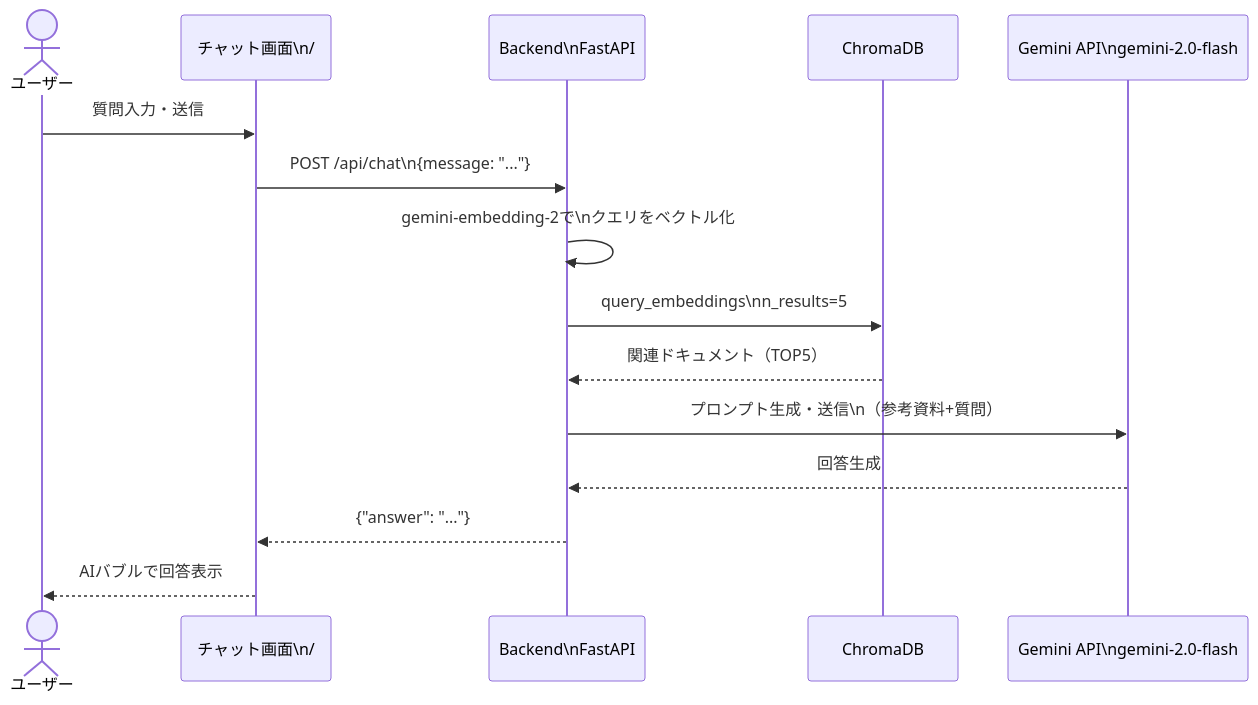
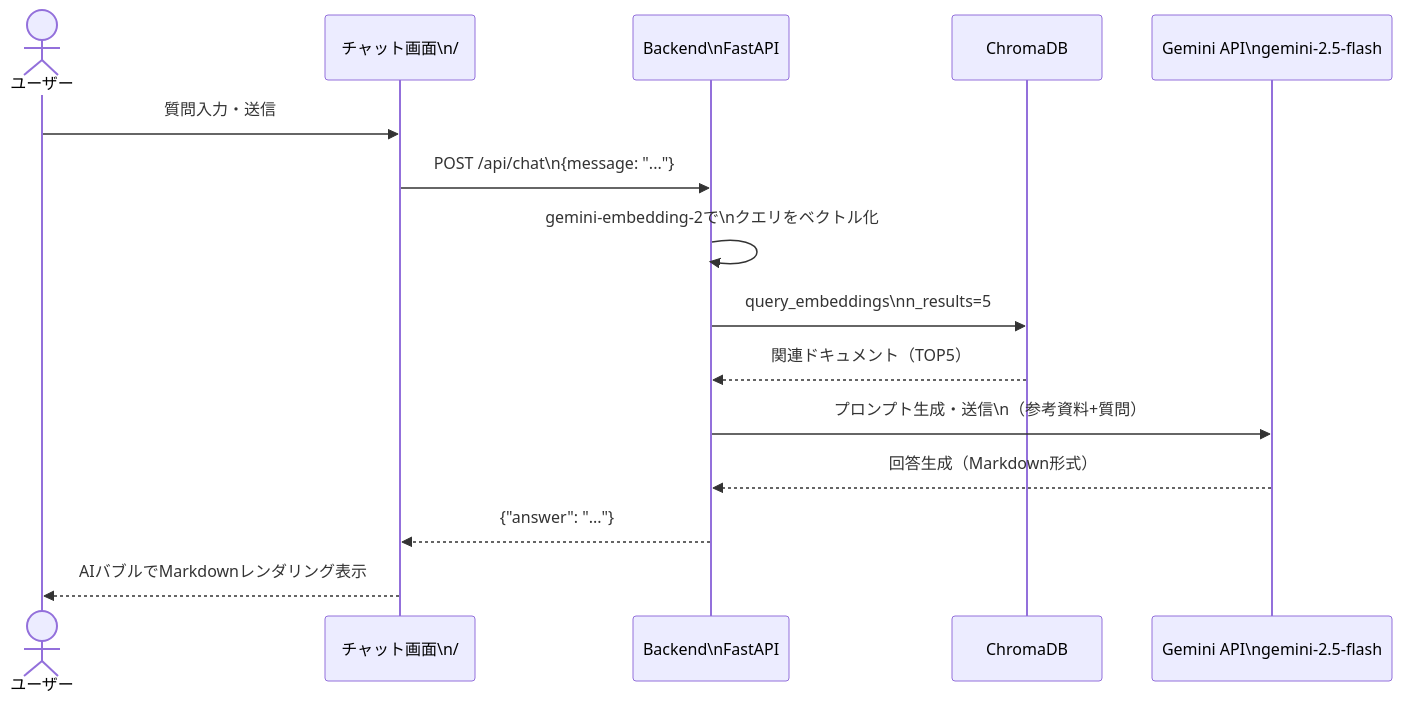
One commit to redmine54/ai_chat changed the first of 6 diagrams in docs/design/sequence_diagrams.md. Above: the diagram before and after it, drawn with Mermaid. The commit also changed other lines of this file and 13 other files, not shown here.

````diff
--- a/docs/design/sequence_diagrams.md
+++ b/docs/design/sequence_diagrams.md
@@ -8,18 +8,18 @@
 ```mermaid
 sequenceDiagram
     actor User as ユーザー
     participant UI as チャット画面\n/
     participant BE as Backend\nFastAPI
     participant DB as ChromaDB
-    participant LLM as Gemini API\ngemini-2.0-flash
+    participant LLM as Gemini API\ngemini-2.5-flash
 
     User->>UI: 質問入力・送信
     UI->>BE: POST /api/chat\n{message: "..."}
     BE->>BE: gemini-embedding-2で\nクエリをベクトル化
     BE->>DB: query_embeddings\nn_results=5
     DB-->>BE: 関連ドキュメント（TOP5）
     BE->>LLM: プロンプト生成・送信\n（参考資料+質問）
-    LLM-->>BE: 回答生成
+    LLM-->>BE: 回答生成（Markdown形式）
     BE-->>UI: {"answer": "..."}
-    UI-->>User: AIバブルで回答表示
+    UI-->>User: AIバブルでMarkdownレンダリング表示
 ```
````
